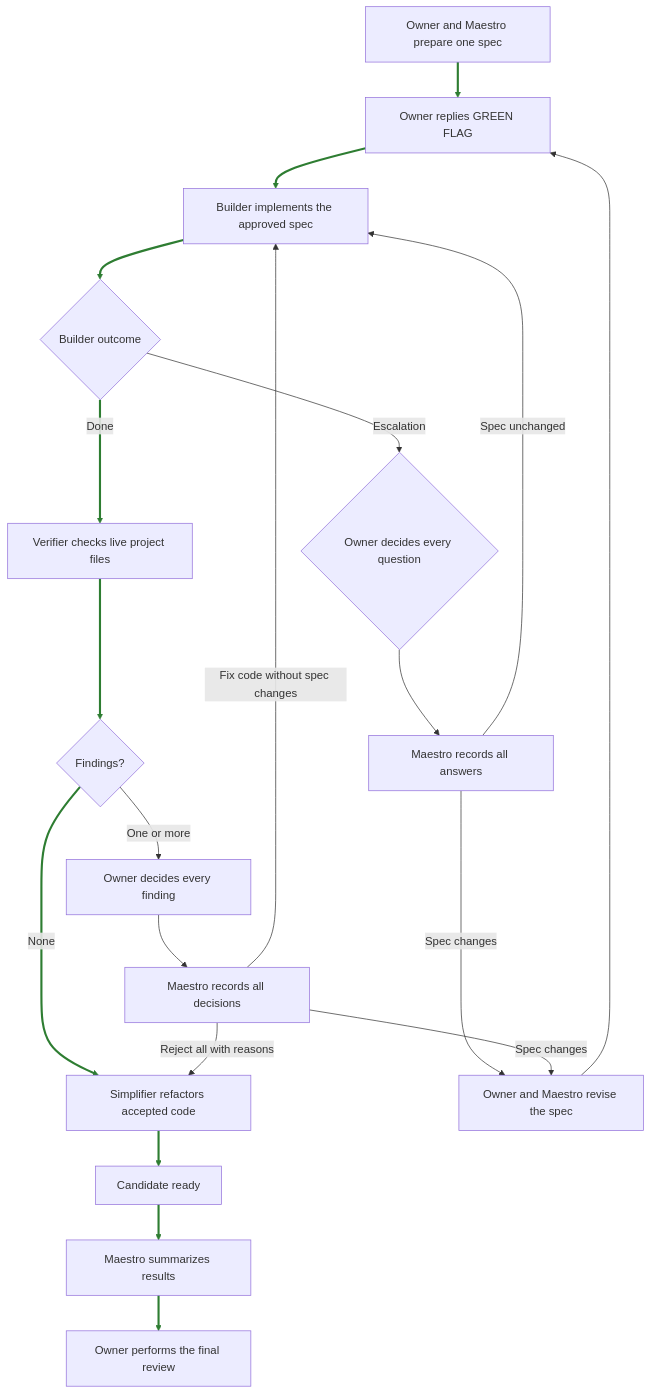
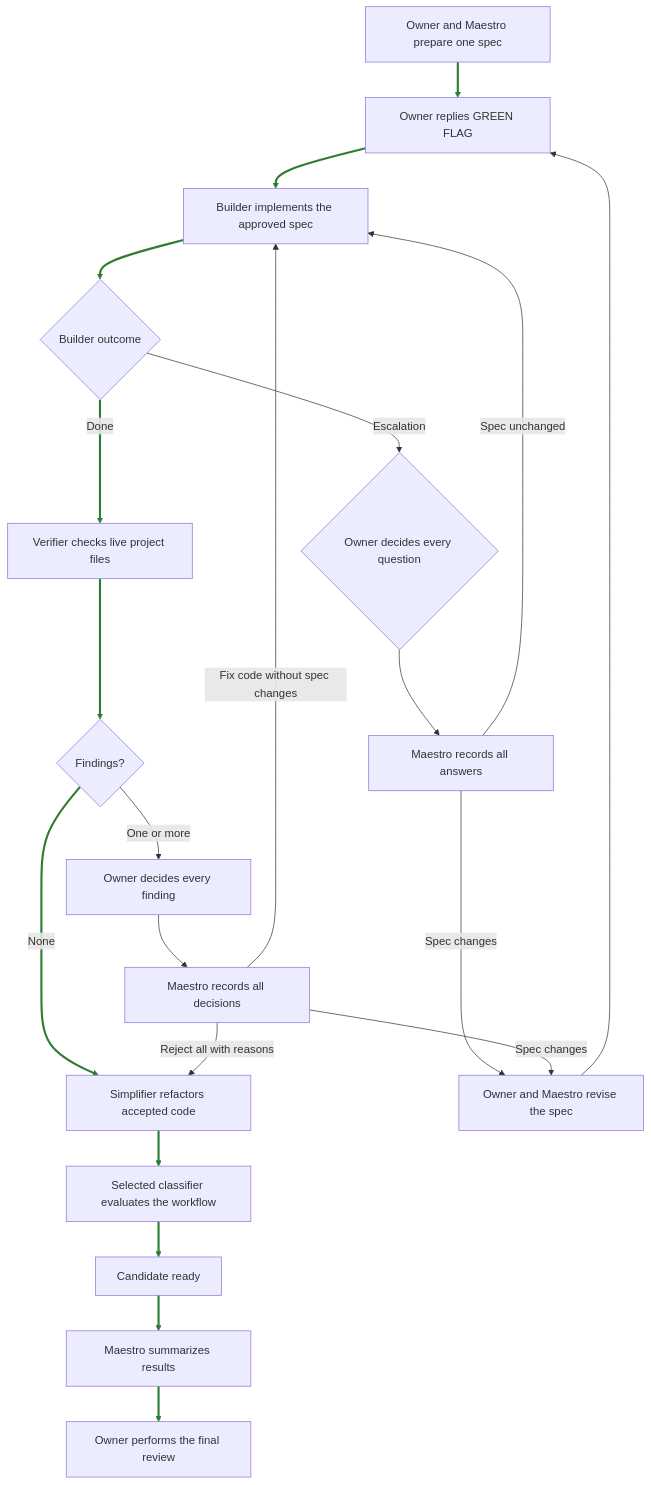
Before and after one commit to emilioSp/pi-maestro: the diagram in docs/workflow.md, drawn with Mermaid. The commit also changed other lines of this file and 115 other files, not shown here.

Commit message:
feat: add optional classifier-based workflow scoring (#57)

````diff
--- a/docs/workflow.md
+++ b/docs/workflow.md
@@ -56,33 +49,35 @@
 ```mermaid
 flowchart TD
     spec[Owner and Maestro prepare one spec]
     approval[Owner replies GREEN FLAG]
     build[Builder implements the approved spec]
     buildOutcome{Builder outcome}
     verify[Verifier checks live project files]
     findings{Findings?}
     simplify[Simplifier refactors accepted code]
+    evaluate[Selected classifier evaluates the workflow]
     candidate[Candidate ready]
     summary[Maestro summarizes results]
     review[Owner performs the final review]
     spec --> approval
     approval --> build
     build --> buildOutcome
     buildOutcome -->|Done| verify
     verify --> findings
     findings -->|None| simplify
     buildOutcome -->|Escalation| ownerEscalation{Owner decides every question}
     ownerEscalation --> recordEscalation[Maestro records all answers]
     recordEscalation -->|Spec unchanged| build
     recordEscalation -->|Spec changes| reviseSpec[Owner and Maestro revise the spec]
     reviseSpec --> approval
     findings -->|One or more| ownerFindings[Owner decides every finding]
     ownerFindings --> recordFindings[Maestro records all decisions]
     recordFindings -->|Reject all with reasons| simplify
     recordFindings -->|Fix code without spec changes| build
     recordFindings -->|Spec changes| reviseSpec
-    simplify --> candidate
+    simplify --> evaluate
+    evaluate --> candidate
     candidate --> summary
     summary --> review
-    linkStyle 0,1,2,3,4,5,16,17,18 stroke: #2e7d32, stroke-width: 3px
+    linkStyle 0,1,2,3,4,5,16,17,18,19 stroke: #2e7d32, stroke-width: 3px
 ```
````
